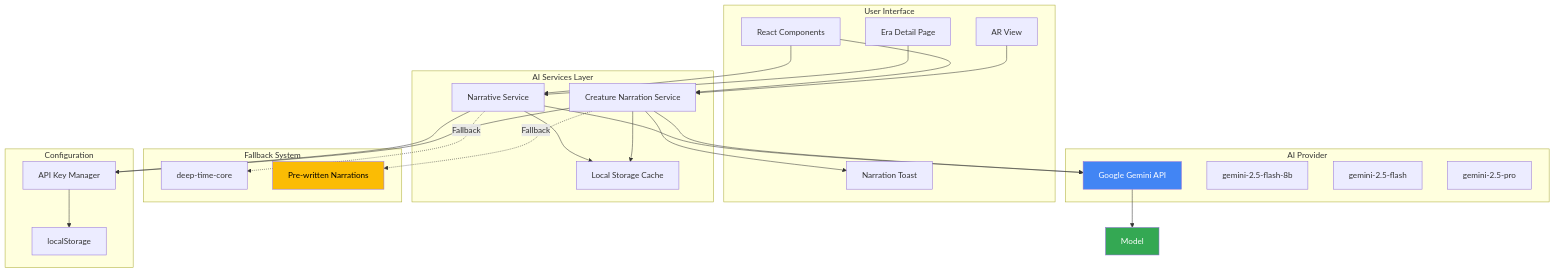
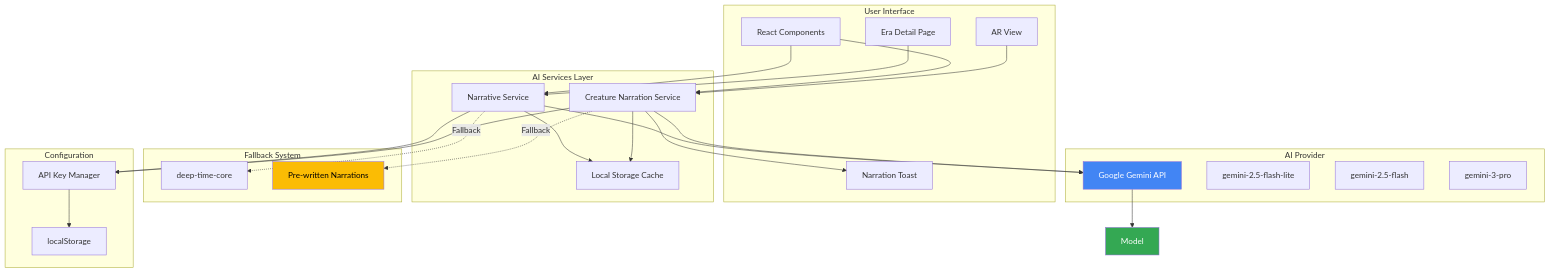
The first of 7 diagrams in docs/AI-ARCHITECTURE.md (zzfadi/deeptime), drawn with Mermaid before and after one commit. The commit also changed other lines of this file and 14 other files, not shown here.

````diff
--- a/docs/AI-ARCHITECTURE.md
+++ b/docs/AI-ARCHITECTURE.md
@@ -26,56 +26,56 @@
 ```mermaid
 graph TB
     subgraph "User Interface"
         UI[React Components]
         EraDetail[Era Detail Page]
         ARView[AR View]
         Toast[Narration Toast]
     end
     
     subgraph "AI Services Layer"
         NS[Narrative Service]
         CNS[Creature Narration Service]
         Cache[Local Storage Cache]
     end
     
     subgraph "AI Provider"
         Gemini[Google Gemini API]
-        FlashLite[gemini-2.5-flash-8b]
+        FlashLite[gemini-2.5-flash-lite]
         Flash[gemini-2.5-flash]
-        Pro[gemini-2.5-pro]
+        Pro[gemini-3-pro]
     end
     
     subgraph "Fallback System"
         CoreLib[deep-time-core]
         Fallbacks[Pre-written Narrations]
     end
     
     subgraph "Configuration"
         APIKey[API Key Manager]
         LocalStore[localStorage]
     end
     
     UI --> NS
     UI --> CNS
     EraDetail --> NS
     ARView --> CNS
     CNS --> Toast
     
     NS --> Gemini
     CNS --> Gemini
     Gemini --> Model
     
     NS --> Cache
     CNS --> Cache
     
     NS -.Fallback.-> CoreLib
     CNS -.Fallback.-> Fallbacks
     
     APIKey --> LocalStore
     NS --> APIKey
     CNS --> APIKey
     
     style Gemini fill:#4285f4,color:#fff
     style Model fill:#34a853,color:#fff
     style Fallbacks fill:#fbbc04,color:#000
 ```
````
